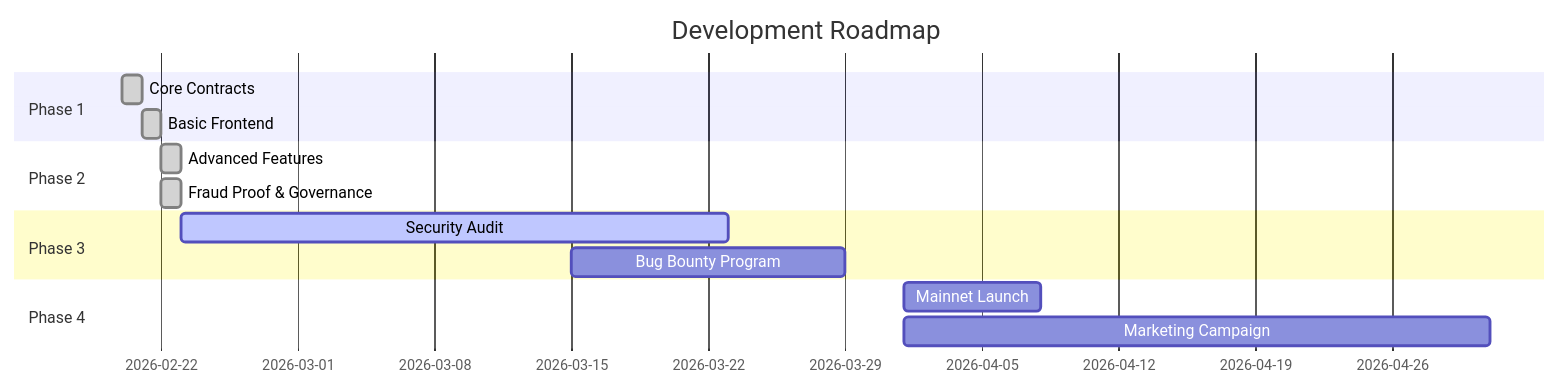
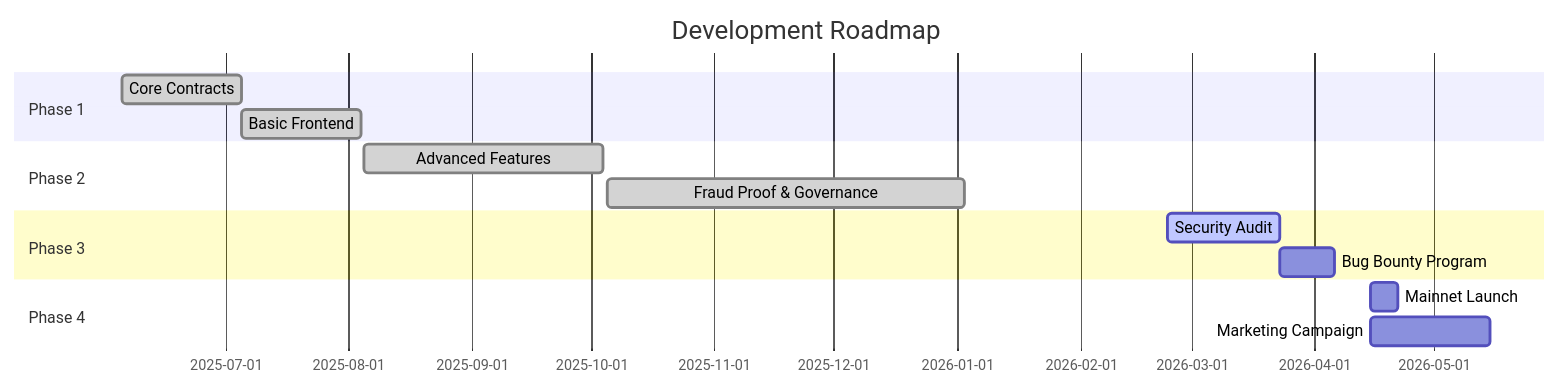
One commit to IamTamheedNazir/optimistic-ai-oracle changed the seventh of 8 diagrams in README.md. Above: the diagram before and after it, drawn with Mermaid. The commit also changed other lines of this file, not shown here.

Commit message:
📅 Update development timeline and add proper academic attribution

````diff
--- a/README.md
+++ b/README.md
@@ -811,17 +816,17 @@
 ```mermaid
 gantt
     title Development Roadmap
     dateFormat  YYYY-MM-DD
     section Phase 1
-    Core Contracts           :done, 2026-02-20, 1d
-    Basic Frontend          :done, 2026-02-21, 1d
+    Core Contracts           :done, 2025-06-05, 30d
+    Basic Frontend          :done, 2025-07-05, 30d
     section Phase 2
-    Advanced Features       :done, 2026-02-22, 1d
-    Fraud Proof & Governance:done, 2026-02-22, 1d
+    Advanced Features       :done, 2025-08-05, 60d
+    Fraud Proof & Governance:done, 2025-10-05, 90d
     section Phase 3
     Security Audit          :active, 2026-02-23, 28d
-    Bug Bounty Program      :2026-03-15, 14d
+    Bug Bounty Program      :2026-03-23, 14d
     section Phase 4
-    Mainnet Launch          :2026-04-01, 7d
-    Marketing Campaign      :2026-04-01, 30d
+    Mainnet Launch          :2026-04-15, 7d
+    Marketing Campaign      :2026-04-15, 30d
 ```
````
